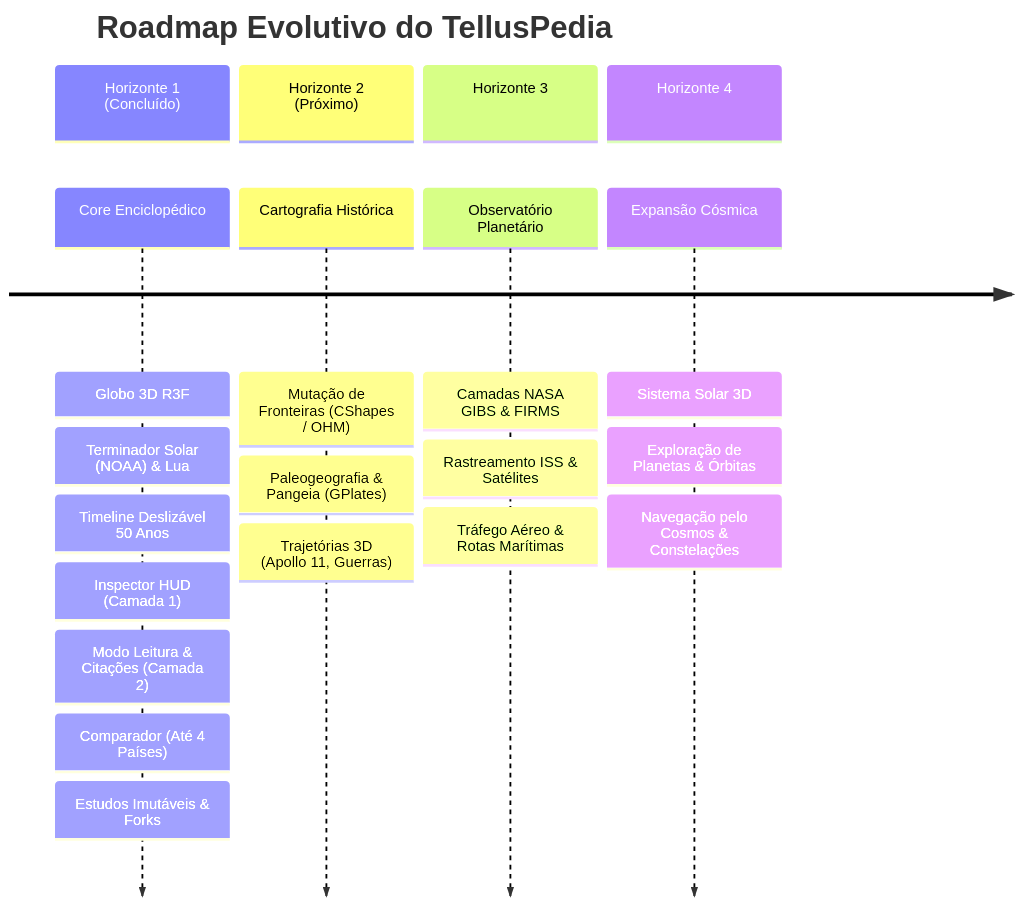
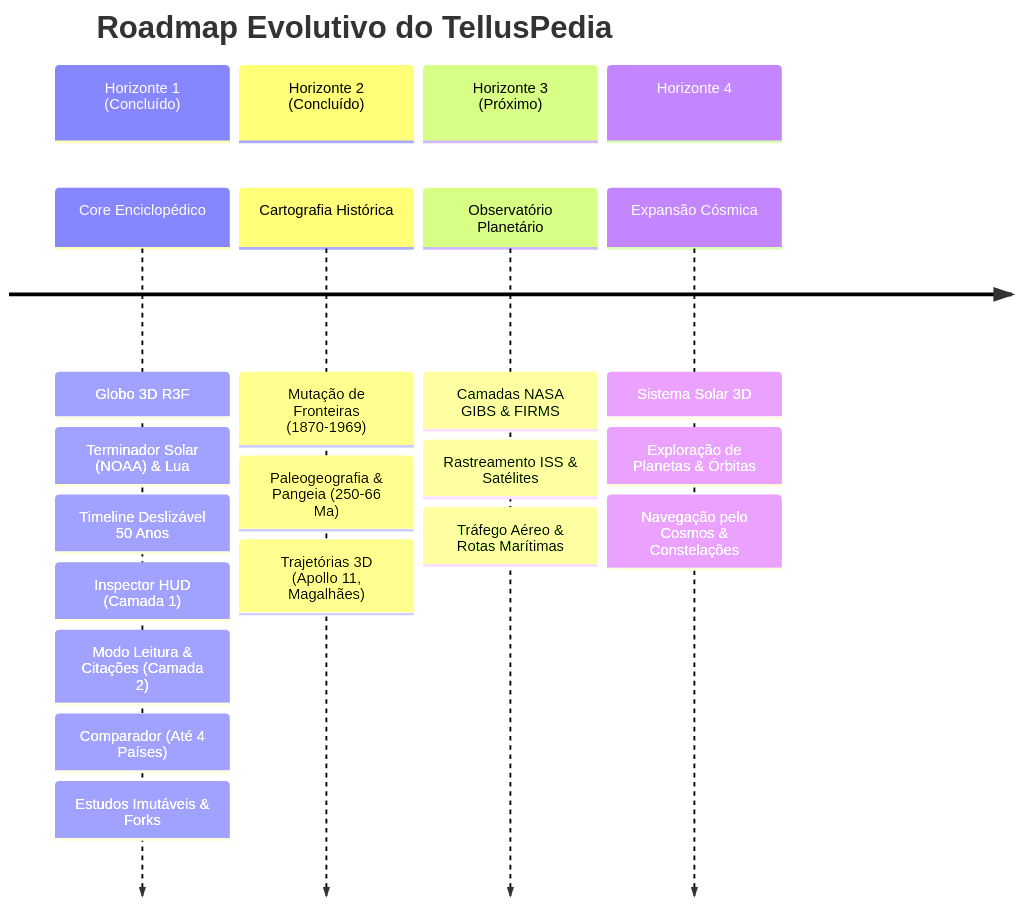
The diagram in docs/ROADMAP.md (AyrtonLoks/telluspedia), drawn with Mermaid before and after one commit. The commit also changed other lines of this file and 34 other files, not shown here.

````diff
--- a/docs/ROADMAP.md
+++ b/docs/ROADMAP.md
@@ -5,24 +5,24 @@
 ```mermaid
 timeline
     title Roadmap Evolutivo do TellusPedia
     section Horizonte 1 (Concluído)
         Core Enciclopédico : Globo 3D R3F
                            : Terminador Solar (NOAA) & Lua
                            : Timeline Deslizável 50 Anos
                            : Inspector HUD (Camada 1)
                            : Modo Leitura & Citações (Camada 2)
                            : Comparador (Até 4 Países)
                            : Estudos Imutáveis & Forks
-    section Horizonte 2 (Próximo)
-        Cartografia Histórica : Mutação de Fronteiras (CShapes / OHM)
-                              : Paleogeografia & Pangeia (GPlates)
-                              : Trajetórias 3D (Apollo 11, Guerras)
-    section Horizonte 3
+    section Horizonte 2 (Concluído)
+        Cartografia Histórica : Mutação de Fronteiras (1870-1969)
+                              : Paleogeografia & Pangeia (250-66 Ma)
+                              : Trajetórias 3D (Apollo 11, Magalhães)
+    section Horizonte 3 (Próximo)
         Observatório Planetário : Camadas NASA GIBS & FIRMS
                                : Rastreamento ISS & Satélites
                                : Tráfego Aéreo & Rotas Marítimas
     section Horizonte 4
         Expansão Cósmica : Sistema Solar 3D
                         : Exploração de Planetas & Órbitas
                         : Navegação pelo Cosmos & Constelações
 ```
````
